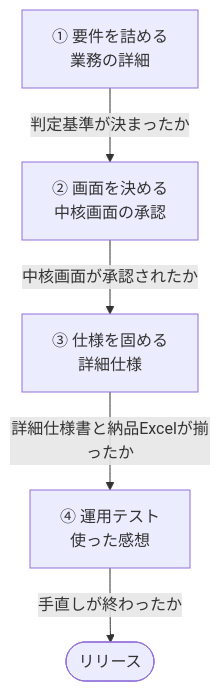
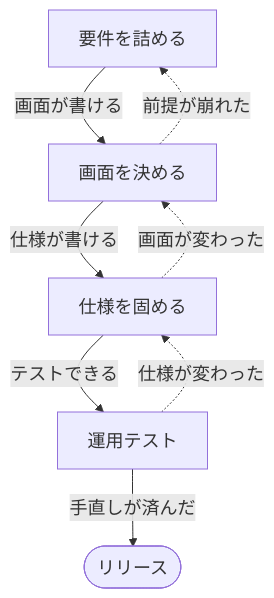
One commit to toritori18/meeting-demo changed the diagram in docs/13_meeting-flow.md. Above: the diagram before and after it, drawn with Mermaid. The commit also changed other lines of this file and 4 other files, not shown here.

````diff
--- a/docs/13_meeting-flow.md
+++ b/docs/13_meeting-flow.md
@@ -14,13 +17,12 @@
 ```mermaid
+%%{init: {'themeVariables': {'fontSize':'18px'}}}%%
 flowchart TD
-    A["① 要件を詰める<br/>業務の詳細"]
-    B["② 画面を決める<br/>中核画面の承認"]
-    C["③ 仕様を固める<br/>詳細仕様"]
-    D["④ 運用テスト<br/>使った感想"]
-    E(["リリース"])
+    REQ["要件を詰める"] -->|画面が書ける| SCR["画面を決める"]
+    SCR -->|仕様が書ける| SPEC["仕様を固める"]
+    SPEC -->|テストできる| TEST["運用テスト"]
+    TEST -->|手直しが済んだ| GO(["リリース"])
 
-    A -->|判定基準が決まったか| B
-    B -->|中核画面が承認されたか| C
-    C -->|詳細仕様書と納品Excelが揃ったか| D
-    D -->|手直しが終わったか| E
+    SCR -.->|前提が崩れた| REQ
+    SPEC -.->|画面が変わった| SCR
+    TEST -.->|仕様が変わった| SPEC
 ```
````
